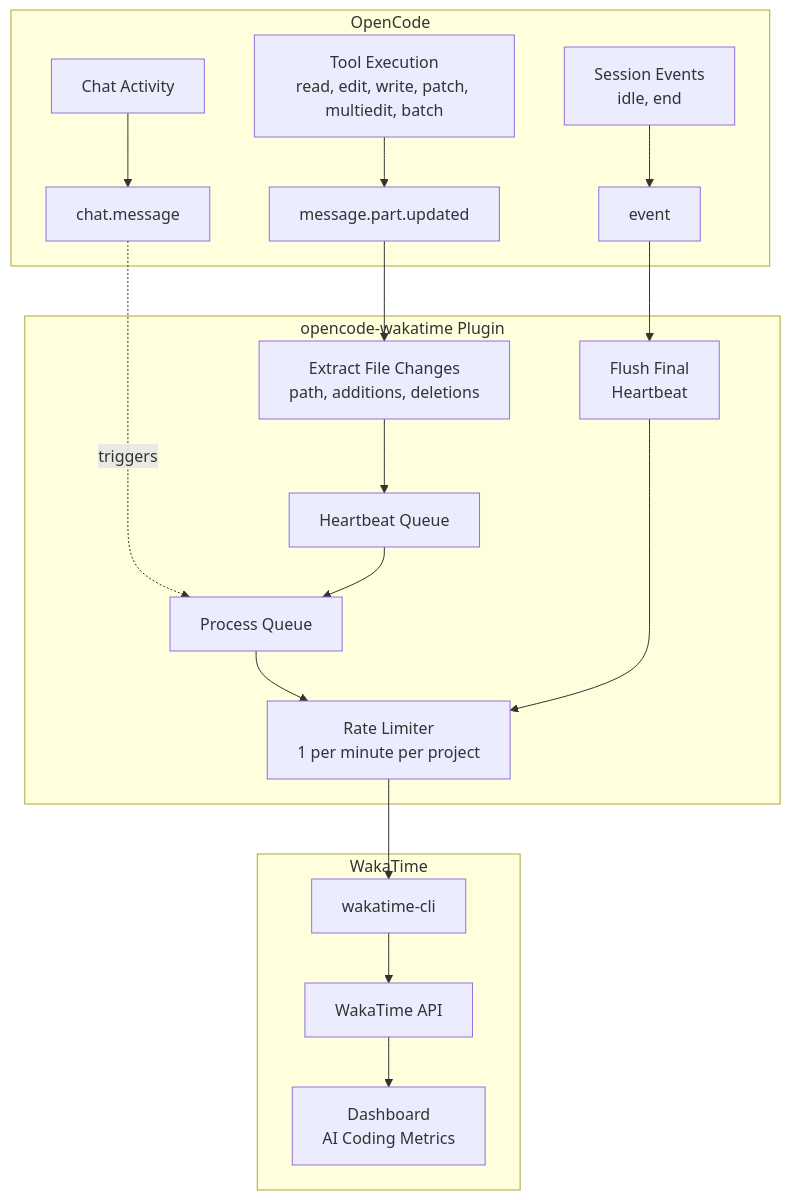
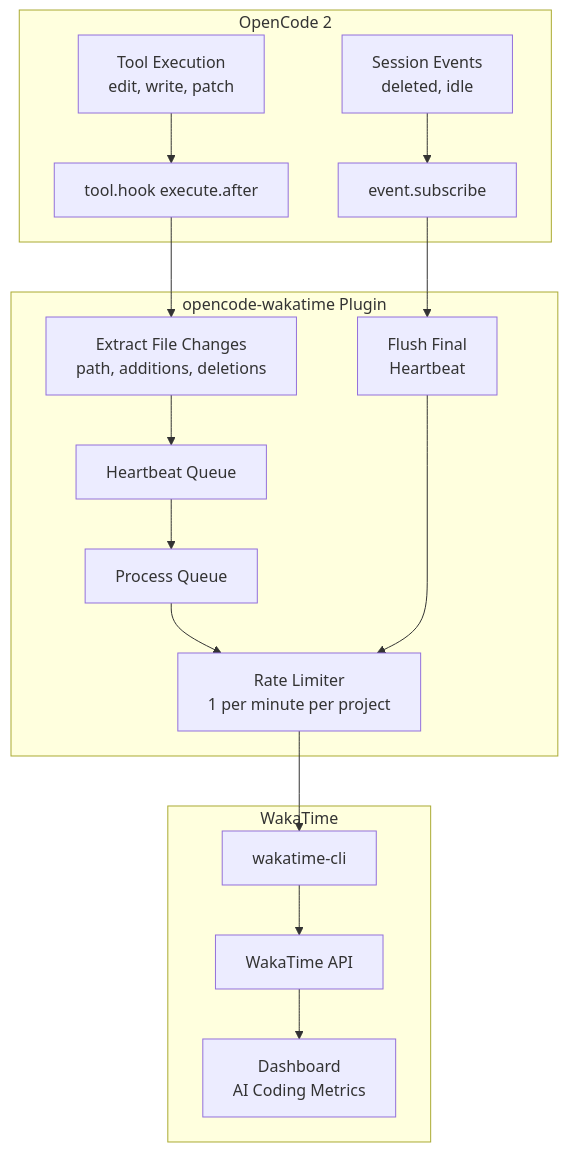
The diagram in README.md (angristan/opencode-wakatime), drawn with Mermaid before and after one commit. The commit also changed other lines of this file and 4 other files, not shown here.

First line of the commit message:
feat: migrate to OpenCode 2 plugin API

````diff
--- a/README.md
+++ b/README.md
@@ -90,27 +95,25 @@
 ```mermaid
 flowchart TB
-    subgraph OpenCode["OpenCode"]
-        A[Tool Execution<br/>read, edit, write, patch, multiedit, batch] --> H1[message.part.updated]
-        B[Chat Activity] --> H2[chat.message]
-        C[Session Events<br/>idle, end] --> H3[event]
+    subgraph OpenCode["OpenCode 2"]
+        A[Tool Execution<br/>edit, write, patch] --> H1[tool.hook execute.after]
+        C[Session Events<br/>deleted, idle] --> H3[event.subscribe]
     end
 
     subgraph Plugin["opencode-wakatime Plugin"]
         H1 --> P1[Extract File Changes<br/>path, additions, deletions]
         P1 --> Q[Heartbeat Queue]
 
-        H2 -.->|triggers| P2[Process Queue]
-        Q --> P2
+        Q --> P2[Process Queue]
         P2 --> R[Rate Limiter<br/>1 per minute per project]
 
         H3 --> P3[Flush Final<br/>Heartbeat]
         P3 --> R
     end
 
     subgraph WakaTime["WakaTime"]
         R --> CLI[wakatime-cli]
         CLI --> API[WakaTime API]
         API --> D[Dashboard<br/>AI Coding Metrics]
     end
 
 ```
````
